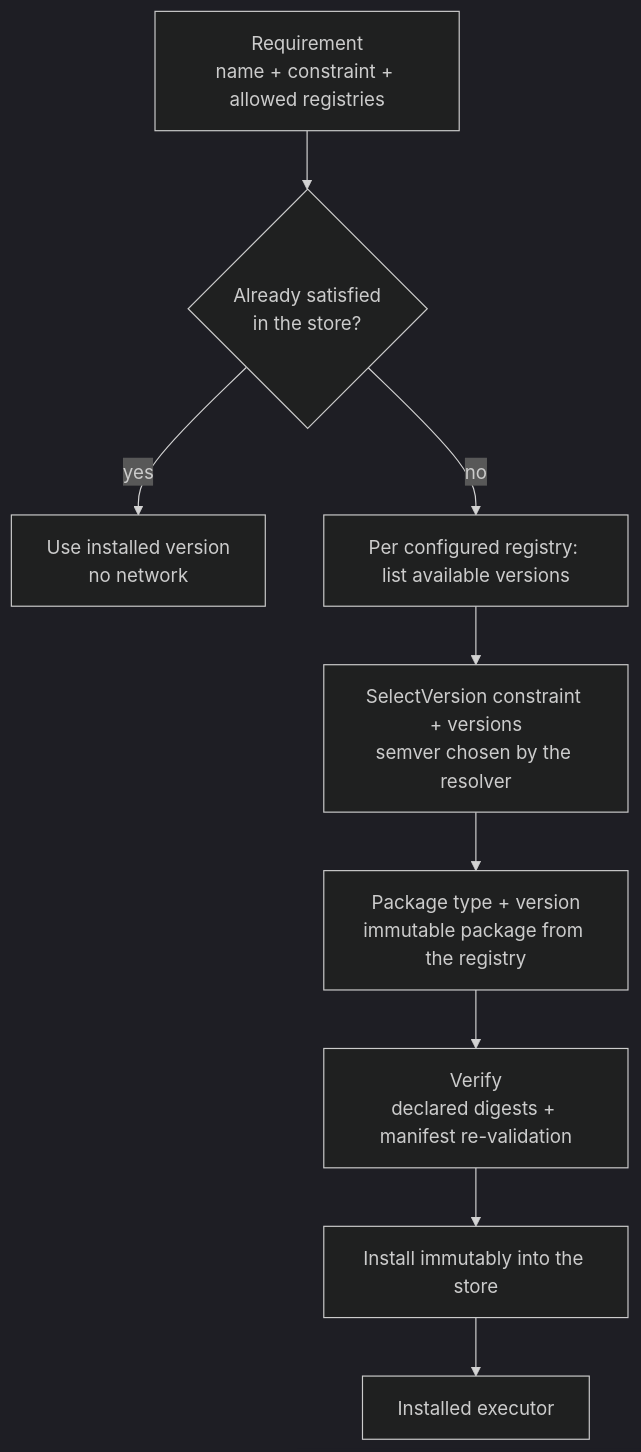
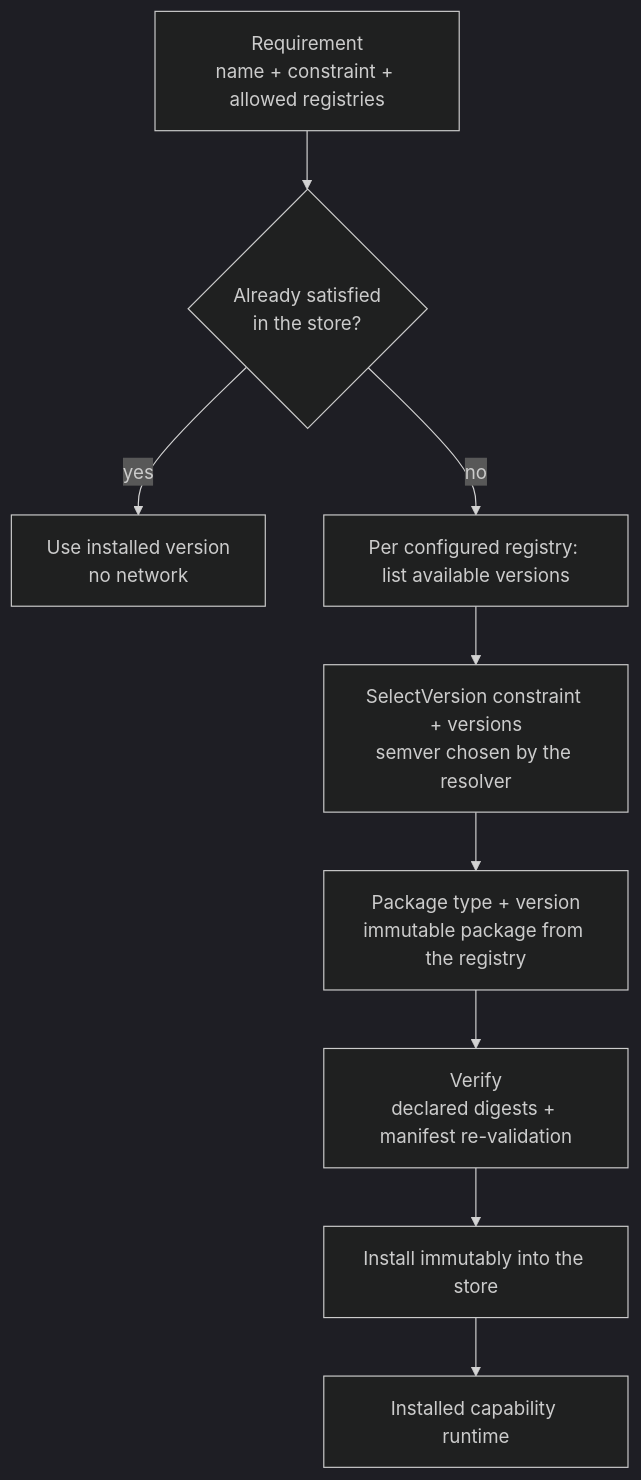
Before and after one commit to neuron-runtime/neuron: the third of 3 diagrams in docs/MODULES.md, drawn with Mermaid (dark theme). The commit also changed other lines of this file and 119 other files, not shown here.

````diff
--- a/docs/MODULES.md
+++ b/docs/MODULES.md
@@ -212,11 +212,11 @@
 ```mermaid
 flowchart TB
     A[Requirement<br/>name + constraint + allowed registries] --> B{Already satisfied<br/>in the store?}
     B -->|yes| C[Use installed version<br/>no network]
     B -->|no| D[Per configured registry: list available versions]
     D --> E[SelectVersion constraint + versions<br/>semver chosen by the resolver]
     E --> F[Package type + version<br/>immutable package from the registry]
     F --> G[Verify<br/>declared digests + manifest re-validation]
     G --> H[Install immutably into the store]
-    H --> I[Installed executor]
+    H --> I[Installed capability runtime]
 ```
````
